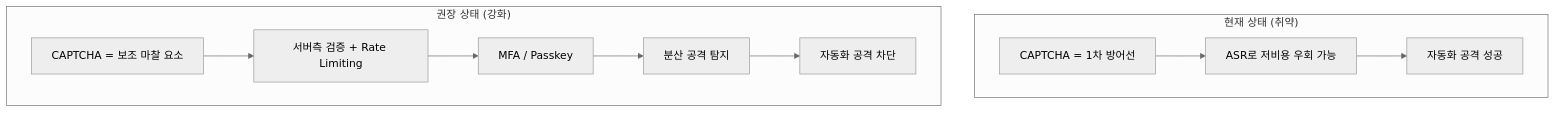
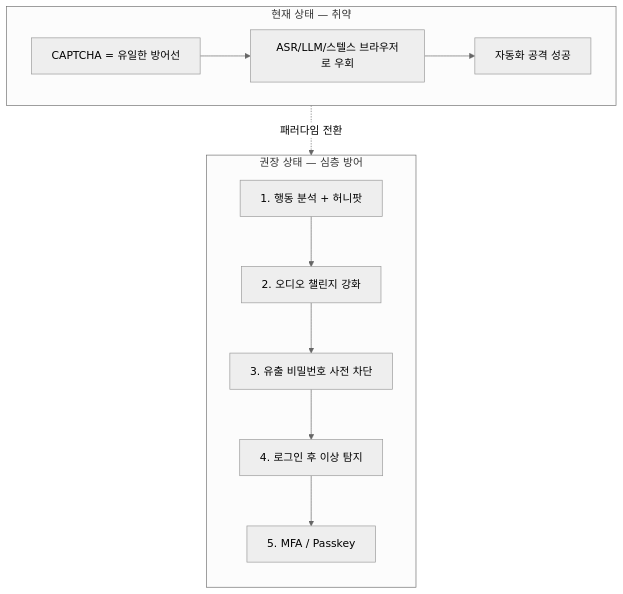
One commit to windshock/captcha-bypass changed the second of 3 diagrams in docs/reports/INTERNAL_REPORT.md. Above: the diagram before and after it, drawn with Mermaid (neutral theme). The commit also changed other lines of this file and 8 other files, not shown here.

````diff
--- a/docs/reports/INTERNAL_REPORT.md
+++ b/docs/reports/INTERNAL_REPORT.md
@@ -180,14 +230,19 @@
 ```mermaid
 graph TD
-    subgraph "현재 상태 (취약)"
-        A["CAPTCHA = 1차 방어선"] --> B["ASR로 저비용 우회 가능"]
+    subgraph before ["현재 상태 — 취약"]
+        A["CAPTCHA = 유일한 방어선"] --> B["ASR/LLM/스텔스 브라우저로 우회"]
         B --> C["자동화 공격 성공"]
     end
 
-    subgraph "권장 상태 (강화)"
-        D["CAPTCHA = 보조 마찰 요소"] --> E["서버측 검증 + Rate Limiting"]
-        E --> F["MFA / Passkey"]
-        F --> G["분산 공격 탐지"]
-        G --> H["자동화 공격 차단"]
+    subgraph after ["권장 상태 — 심층 방어"]
+        direction TB
+        D["1. 행동 분석 + 허니팟"]
+        E["2. 오디오 챌린지 강화"]
+        F["3. 유출 비밀번호 사전 차단"]
+        G["4. 로그인 후 이상 탐지"]
+        H["5. MFA / Passkey"]
+        D --> E --> F --> G --> H
     end
+
+    before -. "패러다임 전환" .-> after
 ```
````
